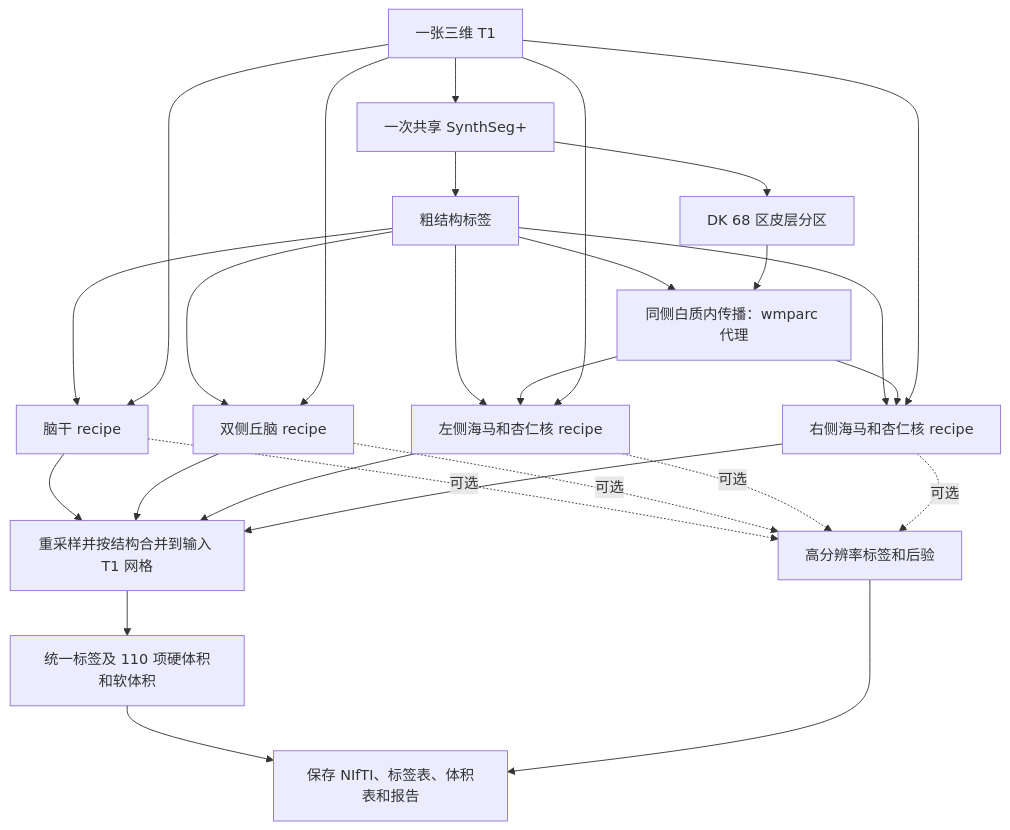
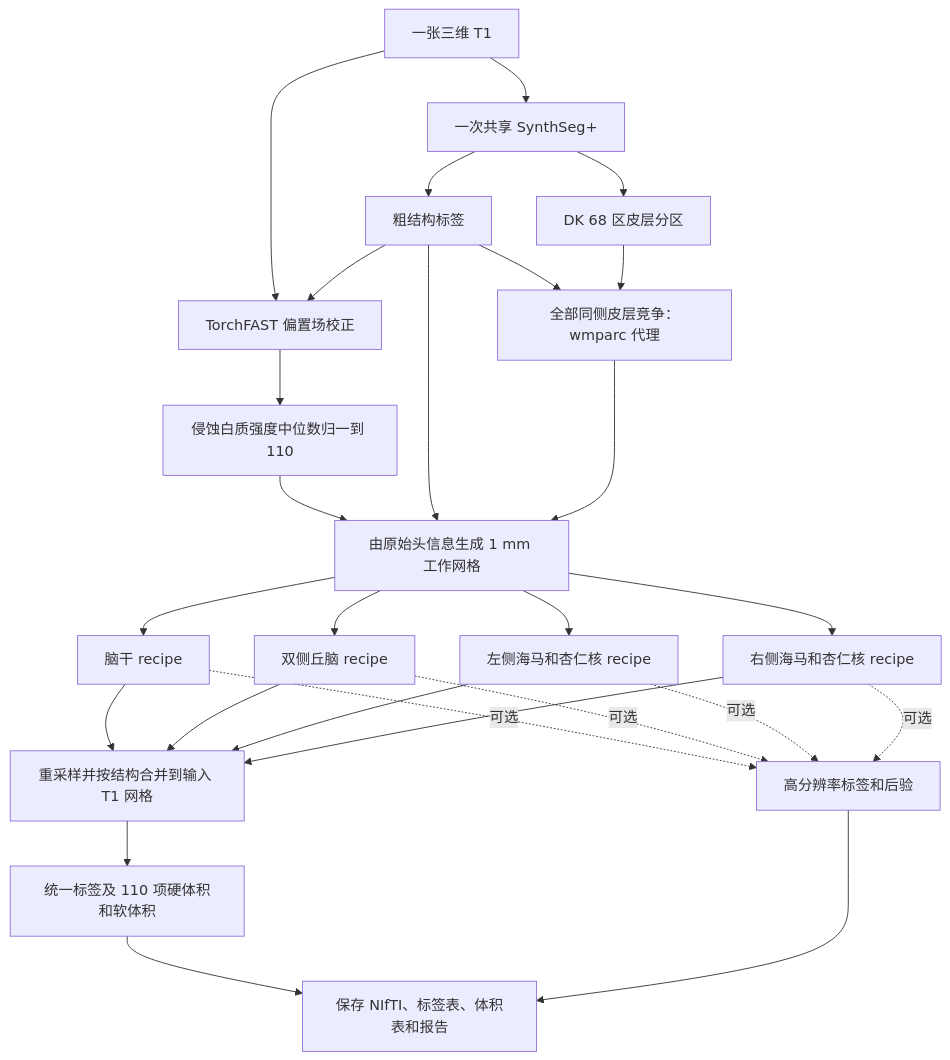
One commit to weikanggong1/Fudan-Neuroimaging-toolkit changed the diagram in docs/subregions/README.md. Above: the diagram before and after it, drawn with Mermaid. The commit also changed other lines of this file and 199 other files, not shown here.

````diff
--- a/docs/subregions/README.md
+++ b/docs/subregions/README.md
@@ -13,29 +13,29 @@
 ```mermaid
 flowchart TD
     T1[一张三维 T1] --> SS[一次共享 SynthSeg+]
     SS --> COARSE[粗结构标签]
     SS --> DK[DK 68 区皮层分区]
-    COARSE --> WM[同侧白质内传播：wmparc 代理]
+    COARSE --> WM[全部同侧皮层竞争：wmparc 代理]
     DK --> WM
-    COARSE --> BS[脑干 recipe]
-    COARSE --> TH[双侧丘脑 recipe]
-    COARSE --> HL[左侧海马和杏仁核 recipe]
-    COARSE --> HR[右侧海马和杏仁核 recipe]
-    WM --> HL
-    WM --> HR
-    T1 --> BS
-    T1 --> TH
-    T1 --> HL
-    T1 --> HR
+    T1 --> FAST[TorchFAST 偏置场校正]
+    COARSE --> FAST
+    FAST --> SCALE[侵蚀白质强度中位数归一到 110]
+    SCALE --> GRID[由原始头信息生成 1 mm 工作网格]
+    COARSE --> GRID
+    WM --> GRID
+    GRID --> BS[脑干 recipe]
+    GRID --> TH[双侧丘脑 recipe]
+    GRID --> HL[左侧海马和杏仁核 recipe]
+    GRID --> HR[右侧海马和杏仁核 recipe]
     BS --> MERGE[重采样并按结构合并到输入 T1 网格]
     TH --> MERGE
     HL --> MERGE
     HR --> MERGE
     MERGE --> OUT[统一标签及 110 项硬体积和软体积]
     OUT --> SAVE[保存 NIfTI、标签表、体积表和报告]
     BS -. 可选 .-> HIGH[高分辨率标签和后验]
     TH -. 可选 .-> HIGH
     HL -. 可选 .-> HIGH
     HR -. 可选 .-> HIGH
     HIGH --> SAVE
 ```
````
